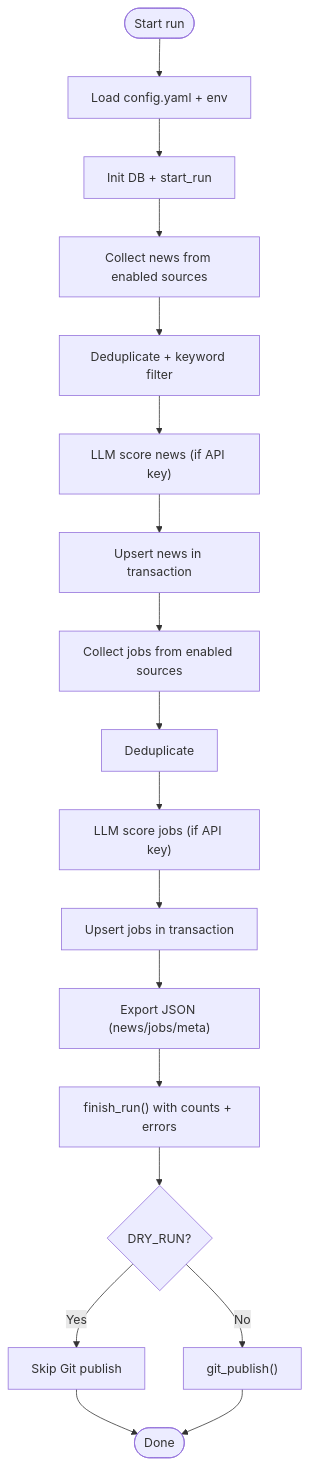
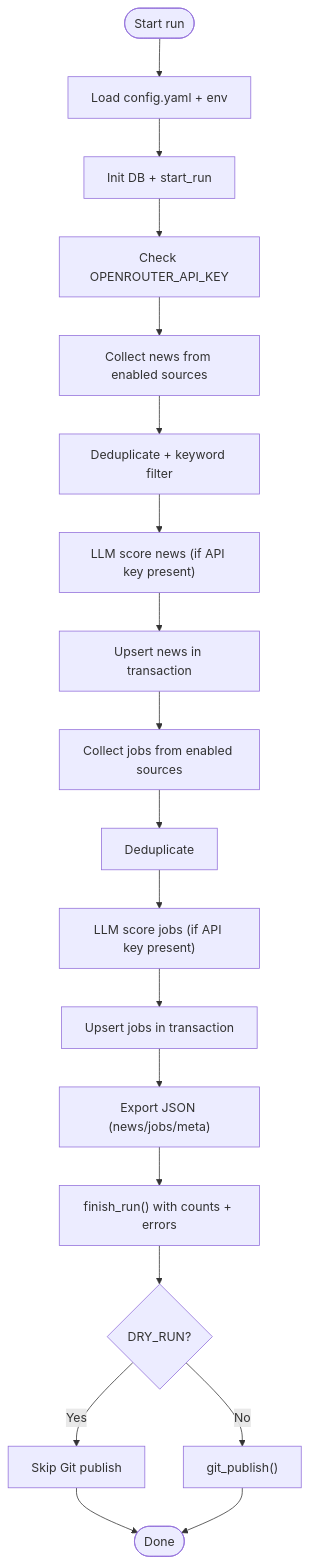
The third of 8 diagrams in .qoder/repowiki/en/content/Troubleshooting and FAQ.md (shakthi-vinayak/news), drawn with Mermaid before and after one commit. The commit also changed other lines of this file and 37 other files, not shown here.

````diff
--- a/.qoder/repowiki/en/content/Troubleshooting and FAQ.md
+++ b/.qoder/repowiki/en/content/Troubleshooting and FAQ.md
@@ -153,20 +152,21 @@
 ```mermaid
 flowchart TD
 Start(["Start run"]) --> LoadCfg["Load config.yaml + env"]
 LoadCfg --> InitDB["Init DB + start_run"]
-InitDB --> CollectNews["Collect news from enabled sources"]
+InitDB --> CheckSecrets["Check OPENROUTER_API_KEY"]
+CheckSecrets --> CollectNews["Collect news from enabled sources"]
 CollectNews --> DedupNews["Deduplicate + keyword filter"]
-DedupNews --> ScoreNews["LLM score news (if API key)"]
+DedupNews --> ScoreNews["LLM score news (if API key present)"]
 ScoreNews --> UpsertNews["Upsert news in transaction"]
 UpsertNews --> CollectJobs["Collect jobs from enabled sources"]
 CollectJobs --> DedupJobs["Deduplicate"]
-DedupJobs --> ScoreJobs["LLM score jobs (if API key)"]
+DedupJobs --> ScoreJobs["LLM score jobs (if API key present)"]
 ScoreJobs --> UpsertJobs["Upsert jobs in transaction"]
 UpsertJobs --> Export["Export JSON (news/jobs/meta)"]
 Export --> FinishRun["finish_run() with counts + errors"]
 FinishRun --> Publish{"DRY_RUN?"}
 Publish --> |No| GitPush["git_publish()"]
 Publish --> |Yes| SkipGit["Skip Git publish"]
 SkipGit --> End(["Done"])
 GitPush --> End
 ```
````
